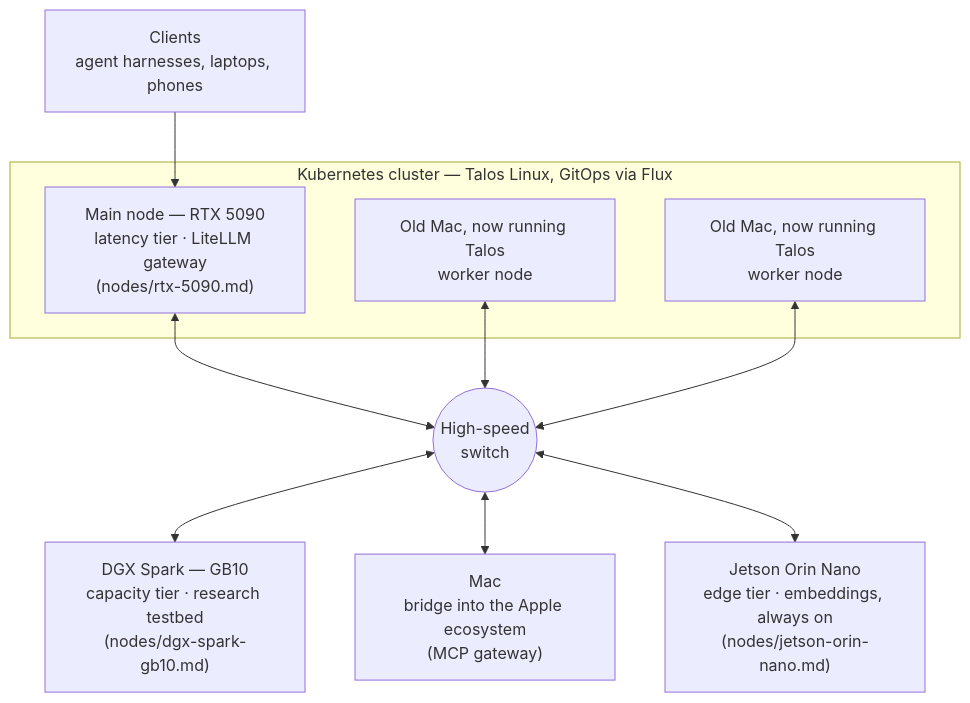
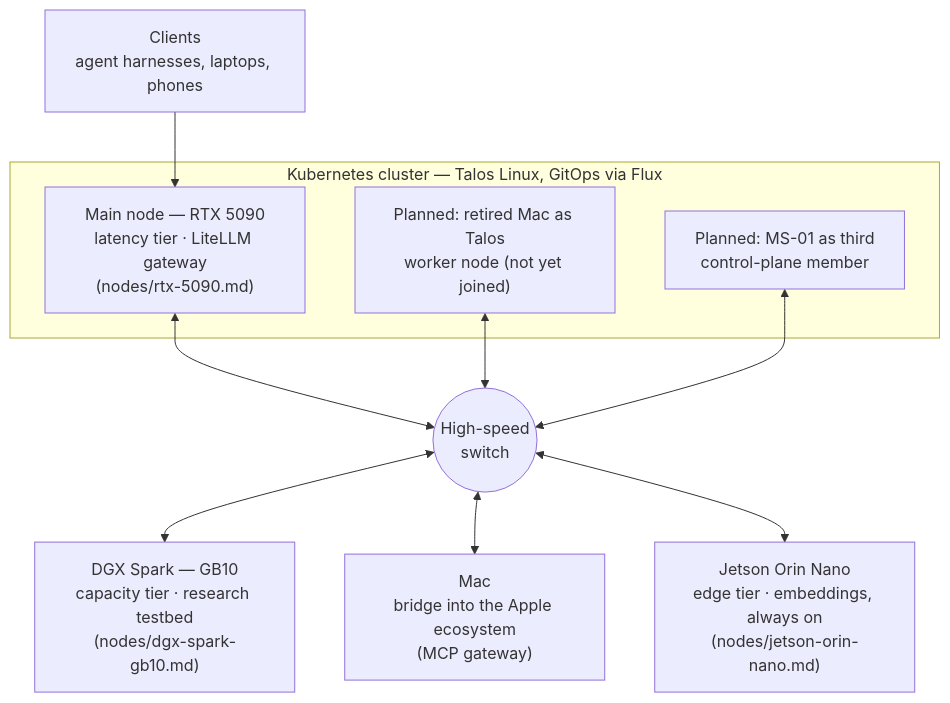
Before and after one commit to TechPrototyper/local-ai-lab: the diagram in nodes/homelab.md, drawn with Mermaid. The commit also changed other lines of this file, not shown here.

Commit message:
nodes: homelab topology — one productive node today, further nodes marked as planned

````diff
--- a/nodes/homelab.md
+++ b/nodes/homelab.md
@@ -7,26 +7,26 @@
 ```mermaid
 graph TB
     CLIENTS["Clients<br/>agent harnesses, laptops, phones"]
 
     subgraph CLUSTER["Kubernetes cluster — Talos Linux, GitOps via Flux"]
         MAIN["Main node — RTX 5090<br/>latency tier · LiteLLM gateway<br/>(nodes/rtx-5090.md)"]
-        W1["Old Mac, now running Talos<br/>worker node"]
-        W2["Old Mac, now running Talos<br/>worker node"]
+        W1["Planned: retired Mac as Talos<br/>worker node (not yet joined)"]
+        W2["Planned: MS-01 as third<br/>control-plane member"]
     end
 
     SW(("High-speed<br/>switch"))
 
     SPARK["DGX Spark — GB10<br/>capacity tier · research testbed<br/>(nodes/dgx-spark-gb10.md)"]
 
     MAC["Mac<br/>bridge into the Apple ecosystem<br/>(MCP gateway)"]
 
     JETSON["Jetson Orin Nano<br/>edge tier · embeddings, always on<br/>(nodes/jetson-orin-nano.md)"]
 
     CLIENTS --> MAIN
     MAIN <--> SW
     W1 <--> SW
     W2 <--> SW
     SW <--> SPARK
     SW <--> MAC
     SW <--> JETSON
 ```
````
